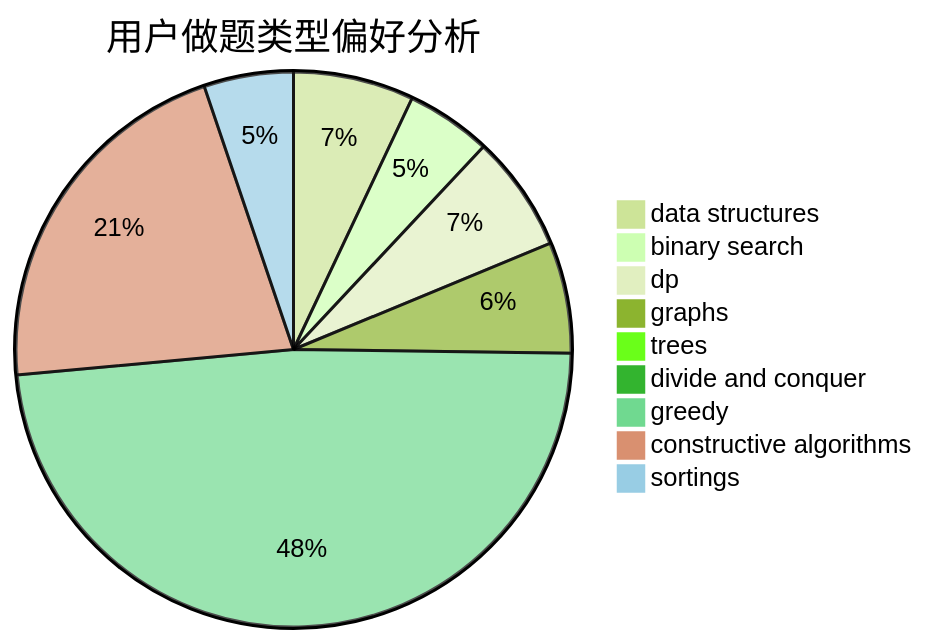
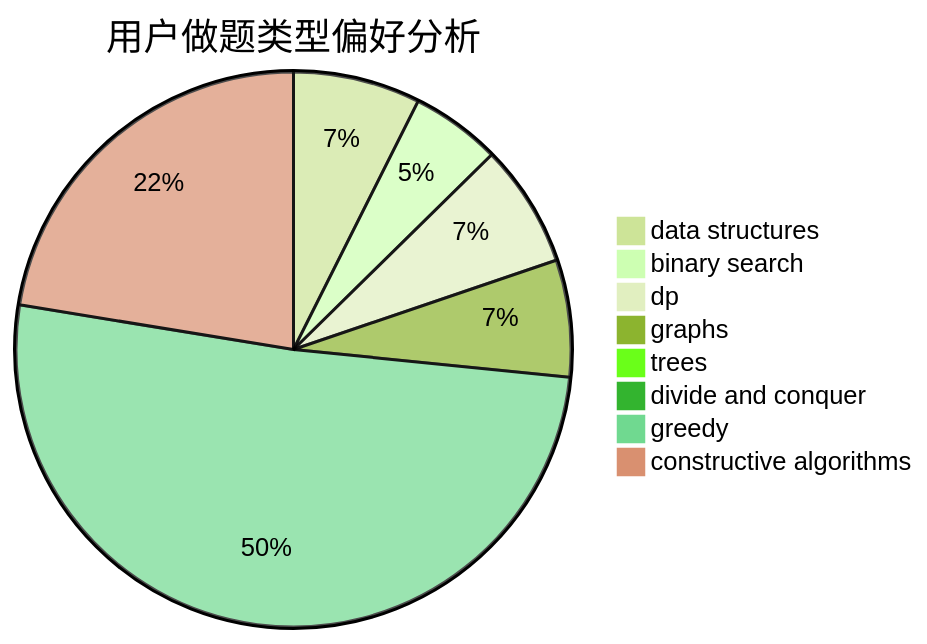
Before and after one commit to sherpahu/cfrs.github.io: the second of 3 diagrams in docs/user/u2063.md, drawn with Mermaid (forest theme). The commit also changed other lines of this file and 2769 other files, not shown here.

````diff
--- a/docs/user/u2063.md
+++ b/docs/user/u2063.md
@@ -18,12 +18,11 @@
 ```mermaid
 pie title 用户做题类型偏好分析
     "data structures" :  174
     "binary search" :  123
     "dp" :  168
     "graphs" :  160
     "trees" :  23
     "divide and conquer" :  16
     "greedy" :  1198
     "constructive algorithms" :  527
-    "sortings" :  129
 ```
````
